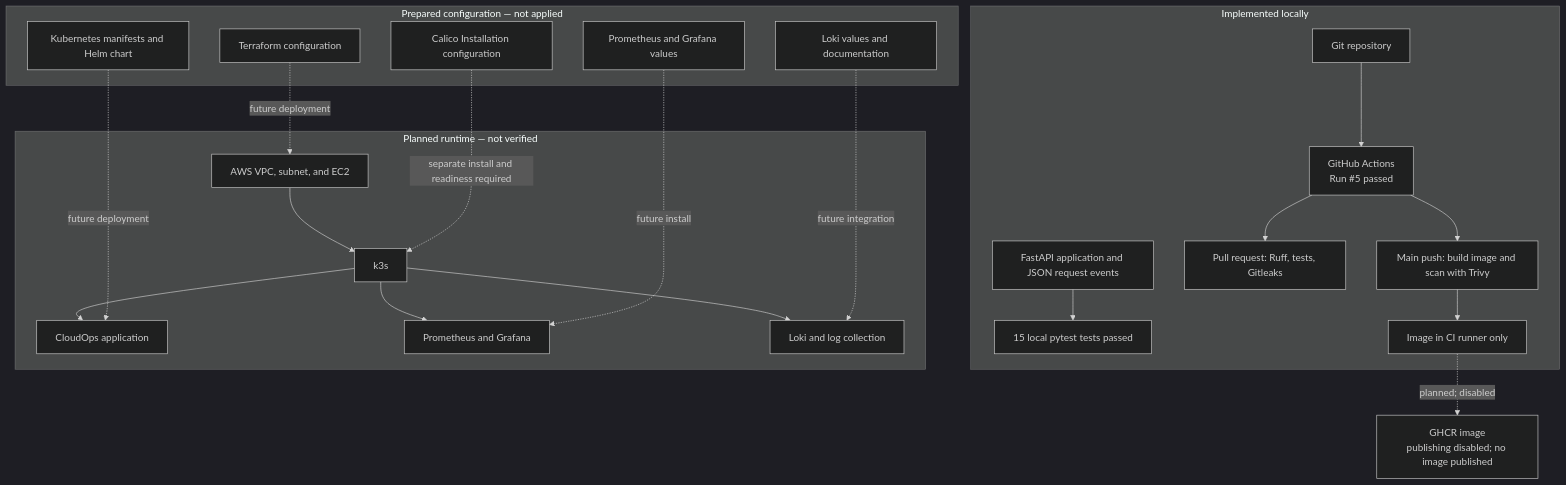
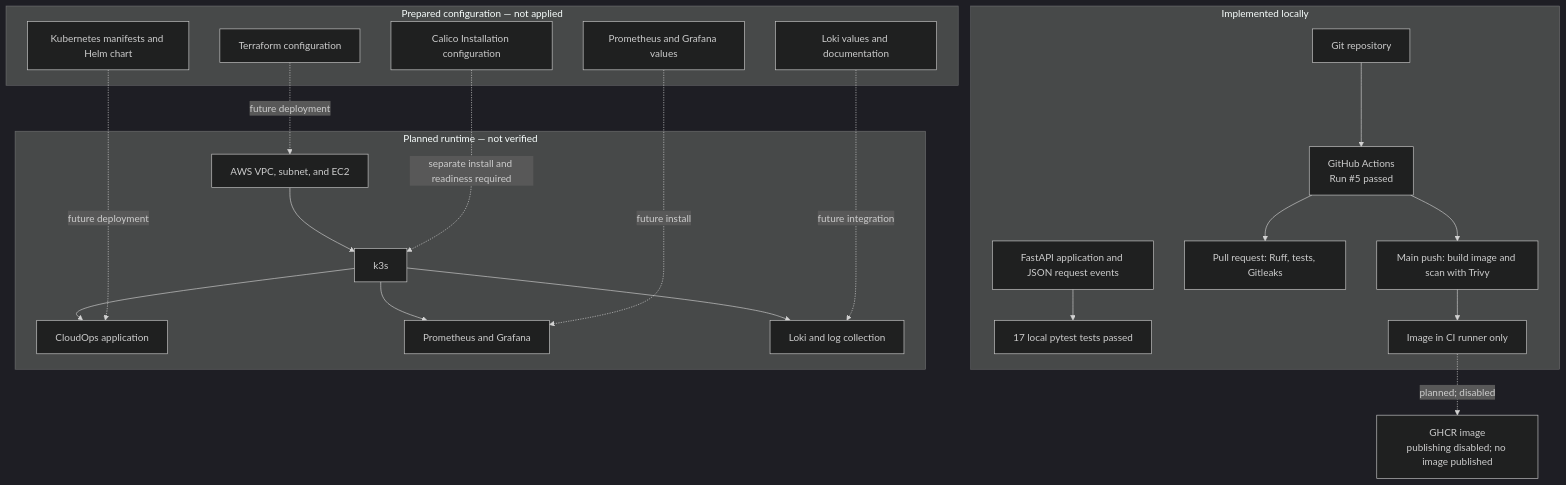
Before and after one commit to avinashmnth2507-dev/cloudops-platform: the diagram in docs/architecture.md, drawn with Mermaid (dark theme). The commit also changed other lines of this file and 2 other files, not shown here.

Commit message:
test(api): add info endpoint regression coverage

````diff
--- a/docs/architecture.md
+++ b/docs/architecture.md
@@ -26,34 +26,34 @@
 ```mermaid
 flowchart TB
   subgraph local["Implemented locally"]
-    app["FastAPI application and JSON request events"] --> tests["15 local pytest tests passed"]
+    app["FastAPI application and JSON request events"] --> tests["17 local pytest tests passed"]
     repo["Git repository"] --> workflow["GitHub Actions<br/>Run #5 passed"]
     workflow --> validation["Pull request: Ruff, tests, Gitleaks"]
     workflow --> scan["Main push: build image and scan with Trivy"]
     scan --> localimage["Image in CI runner only"]
   end
 
   ghcr["GHCR image<br/>publishing disabled; no image published"]
   localimage -. "planned; disabled" .-> ghcr
 
   subgraph prepared["Prepared configuration — not applied"]
     terraform["Terraform configuration"]
     calico["Calico Installation configuration"]
     manifests["Kubernetes manifests and Helm chart"]
     monitoring["Prometheus and Grafana values"]
     loki["Loki values and documentation"]
   end
 
   subgraph future["Planned runtime — not verified"]
     aws["AWS VPC, subnet, and EC2"] --> k3s["k3s"]
     k3s --> cloudops["CloudOps application"]
     k3s --> prom["Prometheus and Grafana"]
     k3s --> lokiworkload["Loki and log collection"]
   end
 
   terraform -. "future deployment" .-> aws
   calico -. "separate install and readiness required" .-> k3s
   manifests -. "future deployment" .-> cloudops
   monitoring -. "future install" .-> prom
   loki -. "future integration" .-> lokiworkload
 ```
````
